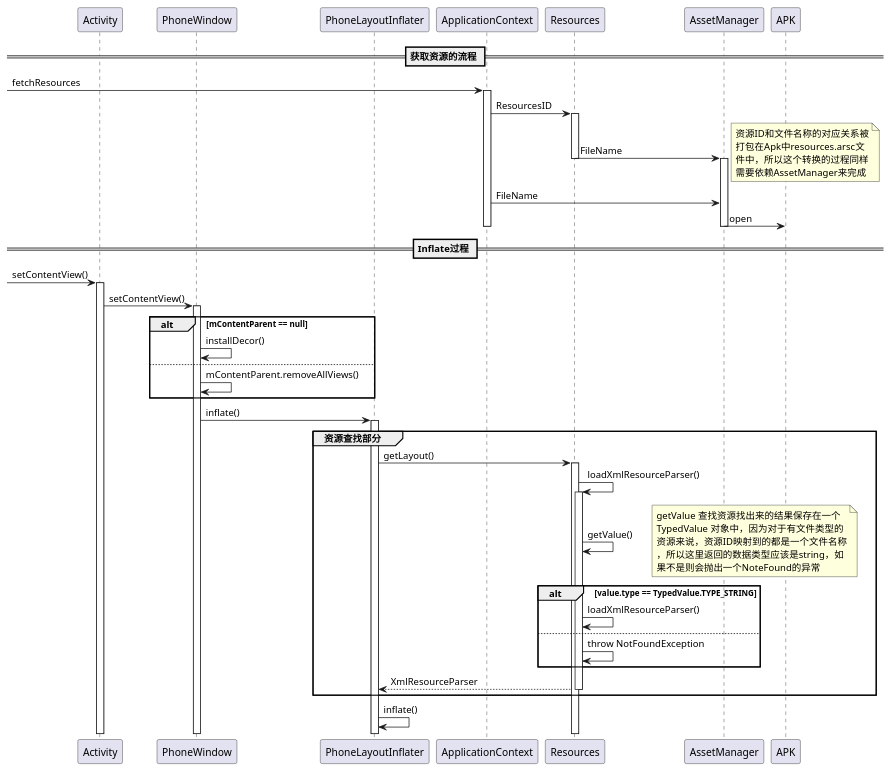
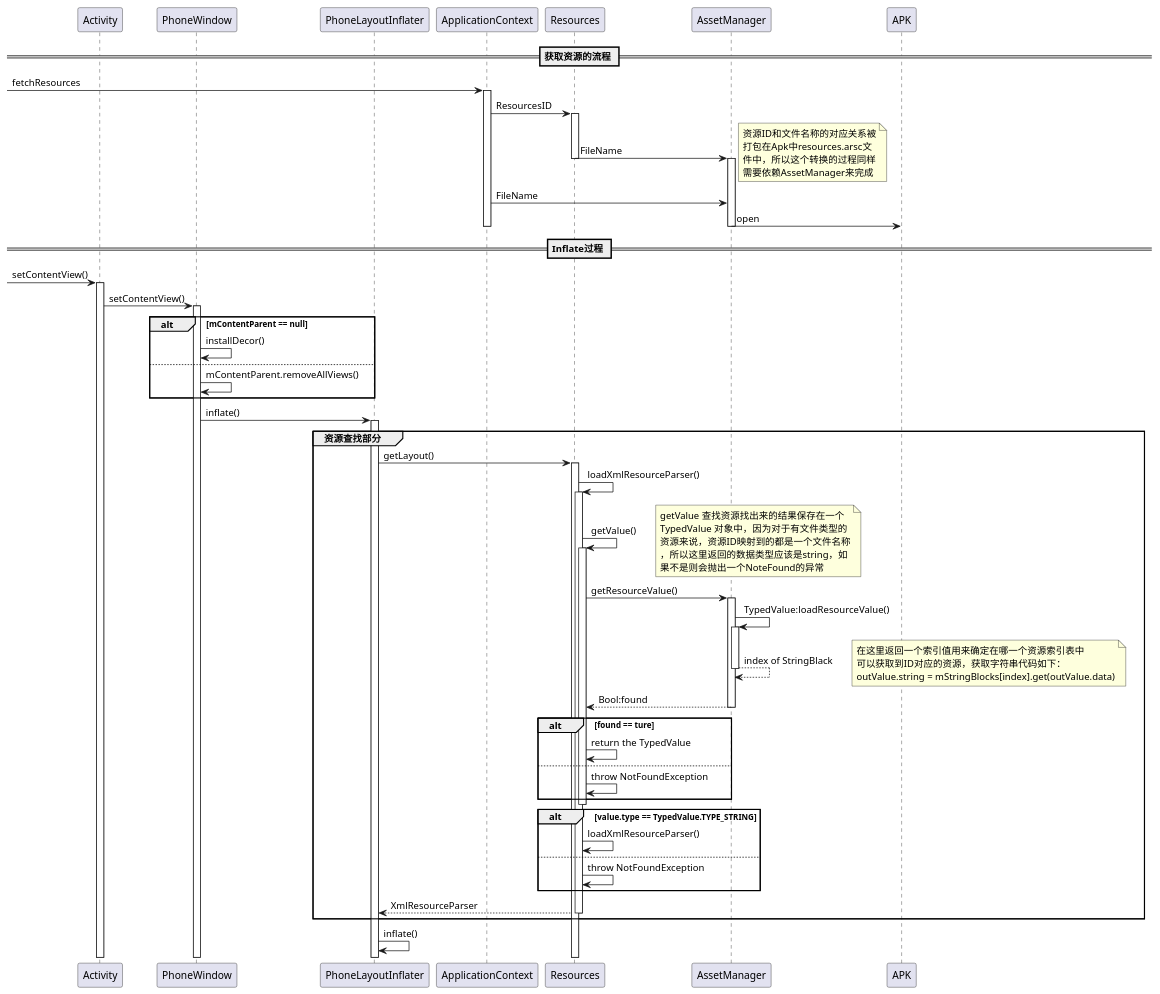
The diagram in DLProjects/Android Resource System/ResourcesFetchProcess.pu (zhijianz/DevelopNotes), drawn with PlantUML before and after one commit. The commit also changed 3 other files, not shown here.

```diff
--- a/DLProjects/Android Resource System/ResourcesFetchProcess.pu
+++ b/DLProjects/Android Resource System/ResourcesFetchProcess.pu
@@ -1,74 +1,99 @@
 @startuml
 participant Activity
 participant PhoneWindow
 participant PhoneLayoutInflater
 
 participant ApplicationContext as ap
 participant Resources
 participant AssetManager
 participant APK
 
 == 获取资源的流程 ==
 [-> ap : fetchResources
 activate ap
 ap -> Resources : ResourcesID
 activate Resources
 Resources -> AssetManager : FileName
 note right
 资源ID和文件名称的对应关系被
 打包在Apk中resources.arsc文
 件中，所以这个转换的过程同样
 需要依赖AssetManager来完成
 end note
 deactivate Resources
 activate AssetManager
 ap -> AssetManager : FileName
 AssetManager -> APK : open
 deactivate ap
 deactivate AssetManager
 
 == Inflate过程 ==
 [-> Activity : setContentView()
 activate Activity
 
 Activity -> PhoneWindow : setContentView()
 activate PhoneWindow
 
 alt mContentParent == null
 PhoneWindow -> PhoneWindow : installDecor()
 else
 PhoneWindow -> PhoneWindow : mContentParent.removeAllViews()
 end alt
 PhoneWindow -> PhoneLayoutInflater : inflate()
 activate PhoneLayoutInflater
 
 group 资源查找部分
 PhoneLayoutInflater -> Resources : getLayout()
 activate Resources
 
 Resources -> Resources : loadXmlResourceParser()
 activate Resources
 
 Resources -> Resources : getValue()
 note right
 getValue 查找资源找出来的结果保存在一个
 TypedValue 对象中，因为对于有文件类型的
 资源来说，资源ID映射到的都是一个文件名称
 ，所以这里返回的数据类型应该是string，如
 果不是则会抛出一个NoteFound的异常
 end note
+activate Resources
+
+Resources -> AssetManager : getResourceValue()
+activate AssetManager
+
+AssetManager -> AssetManager : TypedValue:loadResourceValue()
+activate AssetManager
+
+AssetManager --> AssetManager : index of StringBlack
+deactivate AssetManager
+note right
+在这里返回一个索引值用来确定在哪一个资源索引表中
+可以获取到ID对应的资源，获取字符串代码如下：
+outValue.string = mStringBlocks[index].get(outValue.data)
+end note
+
+AssetManager --> Resources : Bool:found
+deactivate AssetManager
+
+alt found == ture
+Resources -> Resources : return the TypedValue
+else
+Resources -> Resources : throw NotFoundException
+end alt
+deactivate Resources
 
 alt value.type == TypedValue.TYPE_STRING
 Resources -> Resources : loadXmlResourceParser()
 else
 Resources -> Resources : throw NotFoundException
 end alt
 
 
 Resources --> PhoneLayoutInflater : XmlResourceParser
 deactivate Resources
 end group
 
 PhoneLayoutInflater -> PhoneLayoutInflater : inflate()
 
 @enduml
```
